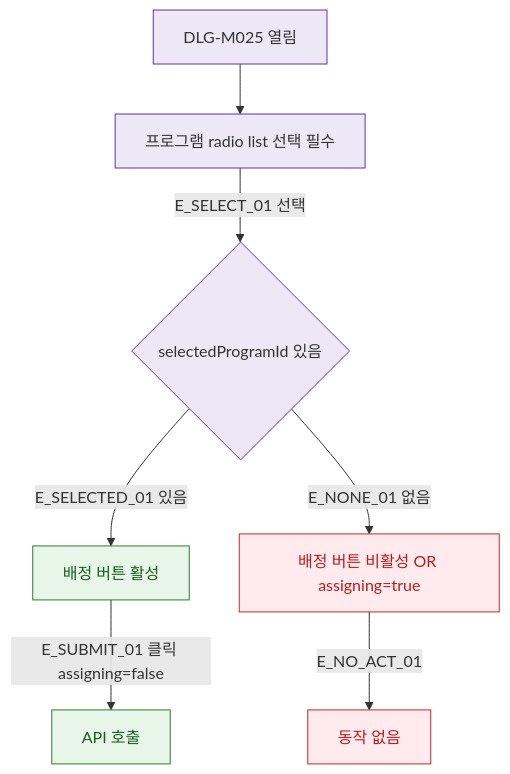
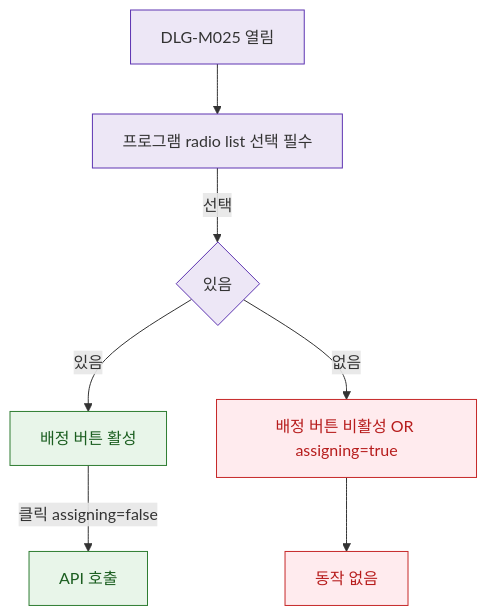
One commit to dev-spogym/admin-pando changed the diagram in docs/다이어그램/D02_회원관리/DLG/DLG-M025_운동프로그램배정/M2_필드검증.md. Above: the diagram before and after it, drawn with Mermaid. The commit also changed other lines of this file and 1660 other files, not shown here.

First line of the commit message:
다이어그램: 기획자/클라이언트 납품본으로 정리

````diff
--- a/docs/다이어그램/D02_회원관리/DLG/DLG-M025_운동프로그램배정/M2_필드검증.md
+++ b/docs/다이어그램/D02_회원관리/DLG/DLG-M025_운동프로그램배정/M2_필드검증.md
@@ -22,21 +20,21 @@
 ```mermaid
 flowchart TD
   DLG[DLG-M025 열림]
 
   DLG --> RADIO_LIST[프로그램 radio list 선택 필수]
 
-  RADIO_LIST -->|E_SELECT_01 선택| CHECK{selectedProgramId 있음}
-  CHECK -->|E_SELECTED_01 있음| BTN_ACTIVE[배정 버튼 활성]
-  CHECK -->|E_NONE_01 없음| BTN_DISABLED[배정 버튼 비활성 OR assigning=true]
+  RADIO_LIST -->|선택|CHECK{있음}
+  CHECK -->|있음|BTN_ACTIVE[배정 버튼 활성]
+  CHECK -->|없음|BTN_DISABLED[배정 버튼 비활성 OR assigning=true]
 
-  BTN_ACTIVE   -->|E_SUBMIT_01 클릭 assigning=false| SUBMIT[API 호출]
-  BTN_DISABLED -->|E_NO_ACT_01| NO_ACTION[동작 없음]
+  BTN_ACTIVE -->|클릭 assigning=false|SUBMIT[API 호출]
+  BTN_DISABLED --> NO_ACTION[동작 없음]
 
-  classDef system  fill:#EDE7F6,stroke:#5E35B2
+  classDef system fill:#EDE7F6,stroke:#5E35B2
   classDef success fill:#E8F5E9,stroke:#2E7D32,color:#1B5E20
-  classDef error   fill:#FFEBEE,stroke:#C62828,color:#B71C1C
+  classDef error fill:#FFEBEE,stroke:#C62828,color:#B71C1C
 
   class DLG,RADIO_LIST,CHECK system
   class BTN_ACTIVE,SUBMIT success
   class BTN_DISABLED,NO_ACTION error
 ```
````
